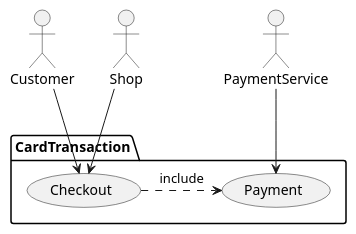
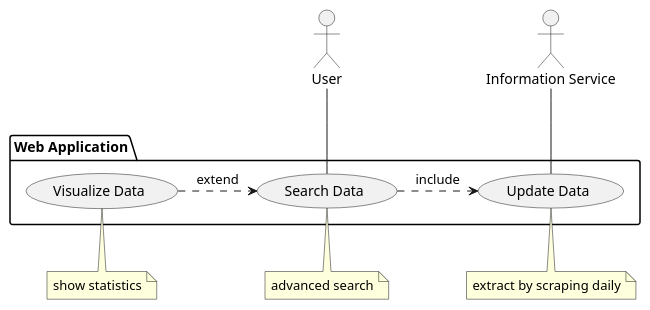
One commit to maciejskorski/software_engineering changed the first of 5 diagrams in docs/uml_modelling.md. Above: the diagram before and after it, drawn with PlantUML. The commit also changed other lines of this file, not shown here.

````diff
--- a/docs/uml_modelling.md
+++ b/docs/uml_modelling.md
@@ -15,17 +18,22 @@
 ```{uml}
 @startuml
 
-actor Customer
-actor Shop
-actor PaymentService
-package CardTransaction {
-    usecase "Checkout" as UC1
-    usecase "Payment" as UC2
-    UC1 .> UC2 :include
+actor "User" as user
+actor "Information Service" as web
+package "Web Application" as webapp {
+    usecase "Search Data" as UC1
+    usecase "Visualize Data" as UC2
+    usecase "Update Data" as UC3
 }
-Customer --> UC1
-Shop--> UC1
-PaymentService --> UC2
+
+user -- UC1
+web -- UC3
+note bottom of UC3: extract by scraping daily
+note bottom of UC2: show statistics
+note bottom of UC1: advanced search
+
+UC1 .> UC3: include
+UC2 .> UC1: extend
 
 @enduml
 ```
````
